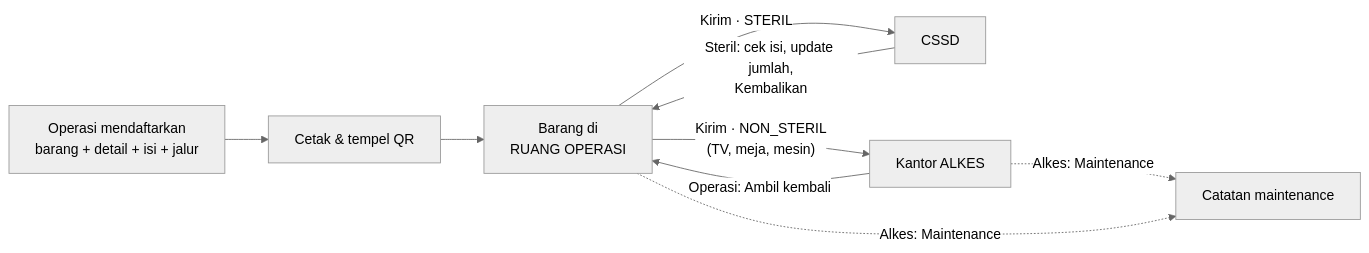
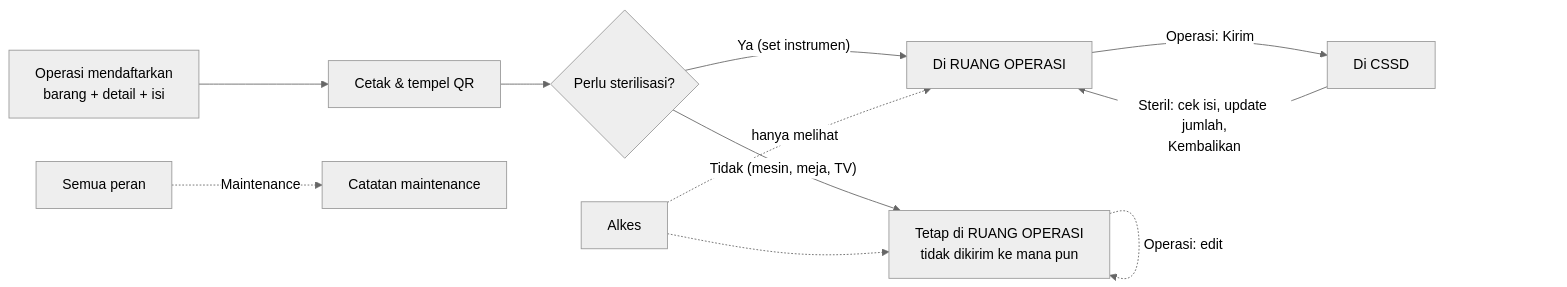
The first of 4 diagrams in docs/05-user-flows.md (mferdinandr/inventory-management), drawn with Mermaid (neutral theme) before and after one commit. The commit also changed other lines of this file and 4 other files, not shown here.

First line of the commit message:
docs: update user flows, RBAC and notes for stationary non-sterile items

````diff
--- a/docs/05-user-flows.md
+++ b/docs/05-user-flows.md
@@ -5,11 +5,13 @@
 ```mermaid
 flowchart LR
-    A["Operasi mendaftarkan<br/>barang + detail + isi + jalur"] --> B["Cetak & tempel QR"]
-    B --> C["Barang di<br/>RUANG OPERASI"]
-    C -->|"Kirim · STERIL"| D["CSSD"]
-    D -->|"Steril: cek isi, update jumlah,<br/>Kembalikan"| C
-    C -->|"Kirim · NON_STERIL<br/>(TV, meja, mesin)"| F["Kantor ALKES"]
-    F -->|"Operasi: Ambil kembali"| C
-    F -.->|"Alkes: Maintenance"| M["Catatan maintenance"]
-    C -.->|"Alkes: Maintenance"| M
+    A["Operasi mendaftarkan<br/>barang + detail + isi"] --> B["Cetak & tempel QR"]
+    B --> C{"Perlu sterilisasi?"}
+    C -->|"Ya (set instrumen)"| D["Di RUANG OPERASI"]
+    D -->|"Operasi: Kirim"| E["Di CSSD"]
+    E -->|"Steril: cek isi, update jumlah,<br/>Kembalikan"| D
+    C -->|"Tidak (mesin, meja, TV)"| F["Tetap di RUANG OPERASI<br/>tidak dikirim ke mana pun"]
+    F -.->|"Operasi: edit"| F
+    G["Alkes"] -.->|"hanya melihat"| D
+    G -.-> F
+    H["Semua peran"] -.->|"Maintenance"| M["Catatan maintenance"]
 ```
````
